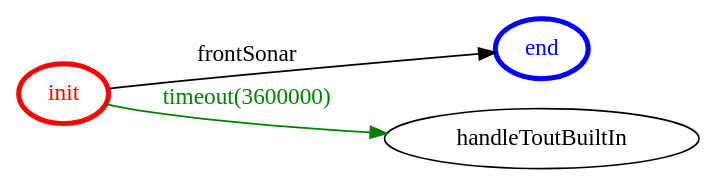
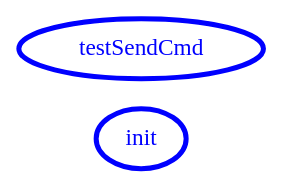
The diagram in it.unibo.finalTask2018/srcMore/it/unibo/raintegratorqa/raintegratorqa.gv (FFrabetti/ProgettoISS_relazione), drawn with Graphviz before and after one commit. The commit also changed 13 other files, not shown here.

```diff
--- a/it.unibo.finalTask2018/srcMore/it/unibo/raintegratorqa/raintegratorqa.gv
+++ b/it.unibo.finalTask2018/srcMore/it/unibo/raintegratorqa/raintegratorqa.gv
@@ -1,17 +1,16 @@
 /*
 *
 * A GraphViz DOT FSM description 
 * Please use a GraphViz visualizer (like http://www.webgraphviz.com)
 *  
 */
 
 digraph finite_state_machine {
 	rankdir=LR
 	size="8,5"
 	
 	init [ color = red ][ fontcolor = red ][ penwidth = 3 ]
-	end [ color = blue ][ fontcolor = blue ][ penwidth = 3 ]
+	init [ color = blue ][ fontcolor = blue ][ penwidth = 3 ]
+	testSendCmd [ color = blue ][ fontcolor = blue ][ penwidth = 3 ]
 	
-	init -> handleToutBuiltIn [ label = "timeout(3600000)" ][ color = green ][ fontcolor = green ]
-	init -> end [ label = "frontSonar" ][ color = black ][ fontcolor = black ]
 }
```
